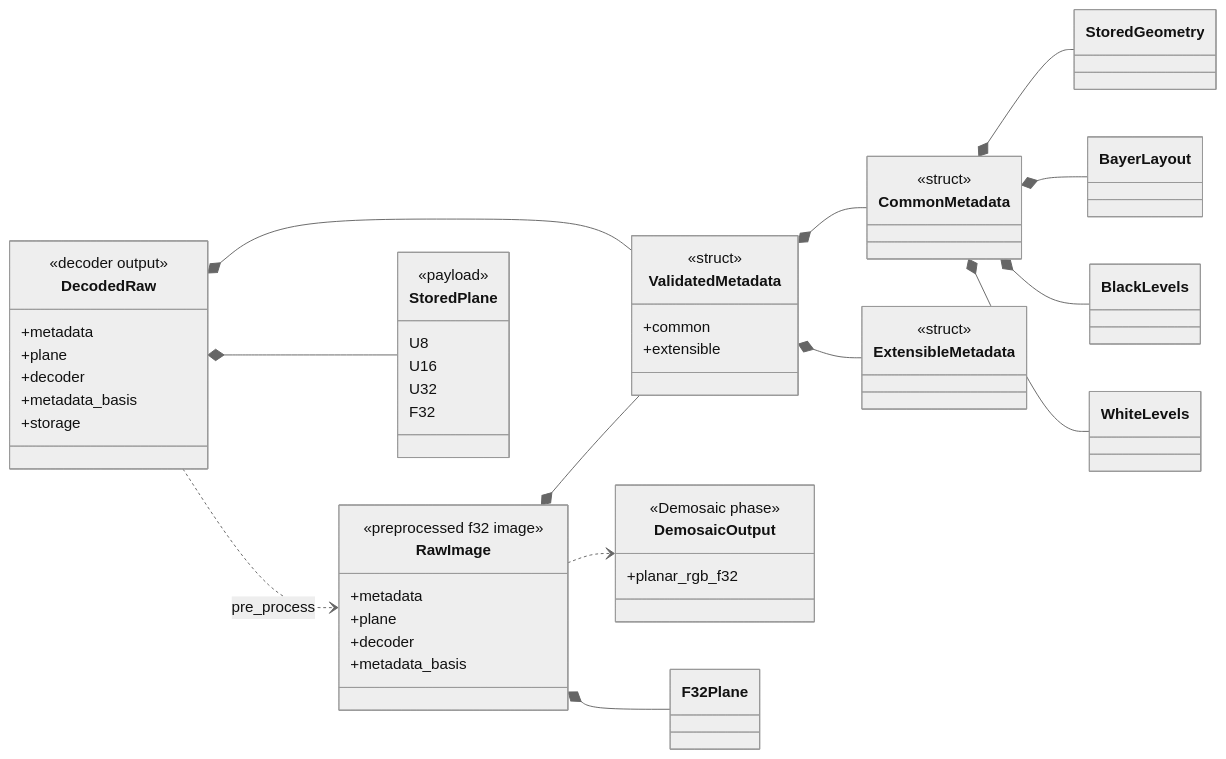
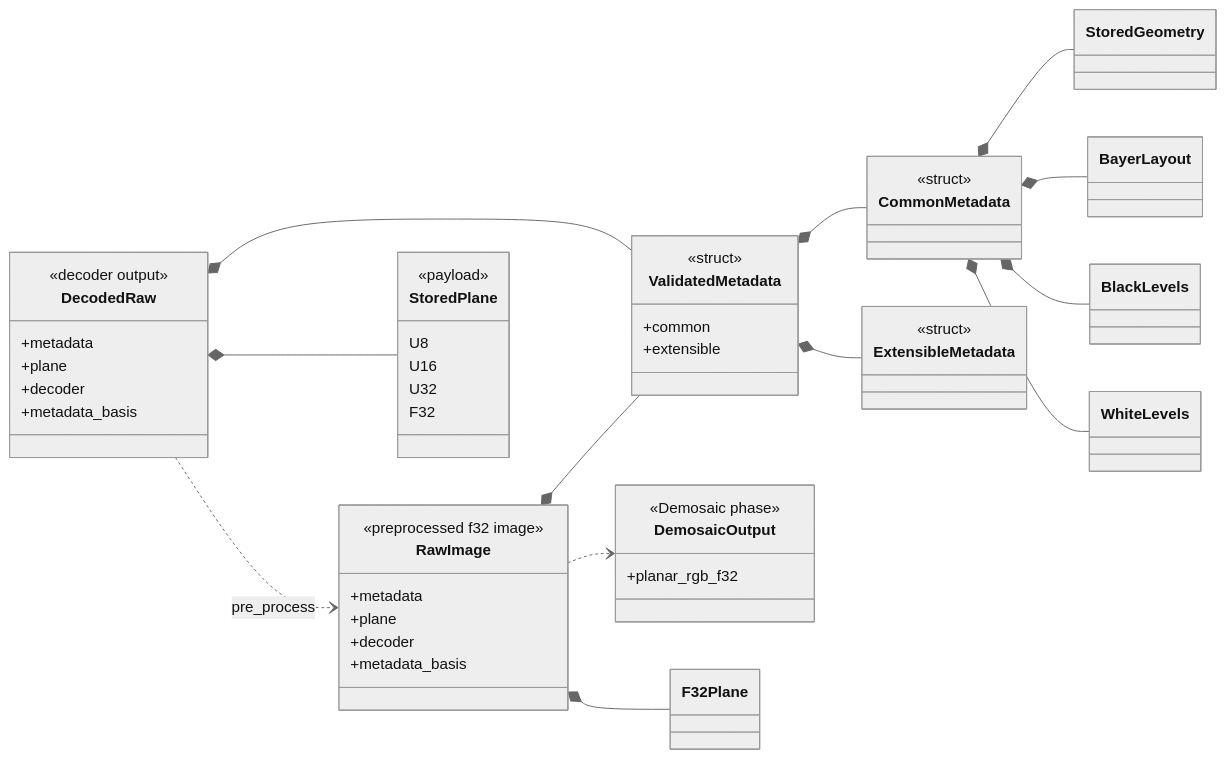
Before and after one commit to Glatzel/fornax: the diagram in docs/raw-pipeline/raw-image-struct.md, drawn with Mermaid (neutral theme). The commit also changed other lines of this file and 3 other files, not shown here.

````diff
--- a/docs/raw-pipeline/raw-image-struct.md
+++ b/docs/raw-pipeline/raw-image-struct.md
@@ -9,58 +9,57 @@
 ```mermaid
 classDiagram
     direction LR
     class DecodedRaw {
         <<decoder output>>
         +metadata
         +plane
         +decoder
         +metadata_basis
-        +storage
     }
     class RawImage {
         <<preprocessed f32 image>>
         +metadata
         +plane
         +decoder
         +metadata_basis
     }
     class ValidatedMetadata {
         <<struct>>
         +common
         +extensible
     }
     class CommonMetadata {
         <<struct>>
     }
     class ExtensibleMetadata {
         <<struct>>
     }
     class StoredGeometry
     class BayerLayout
     class BlackLevels
     class WhiteLevels
     class StoredPlane {
         <<payload>>
         U8
         U16
         U32
         F32
     }
     class DemosaicOutput {
         <<Demosaic phase>>
         +planar_rgb_f32
     }
 
     DecodedRaw *-- ValidatedMetadata
     DecodedRaw *-- StoredPlane
     RawImage *-- ValidatedMetadata
     RawImage *-- F32Plane
     ValidatedMetadata *-- CommonMetadata
     ValidatedMetadata *-- ExtensibleMetadata
     CommonMetadata *-- StoredGeometry
     CommonMetadata *-- BayerLayout
     CommonMetadata *-- BlackLevels
     CommonMetadata *-- WhiteLevels
     DecodedRaw ..> RawImage : pre_process
     RawImage ..> DemosaicOutput
 ```
````
